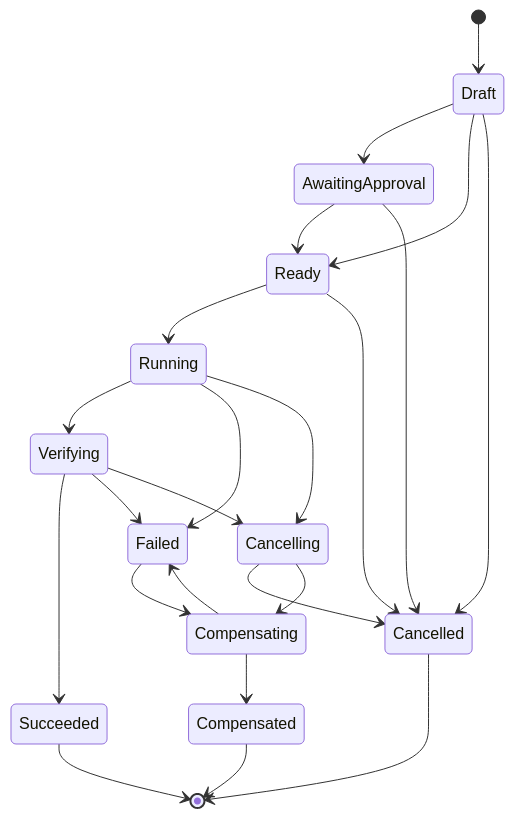
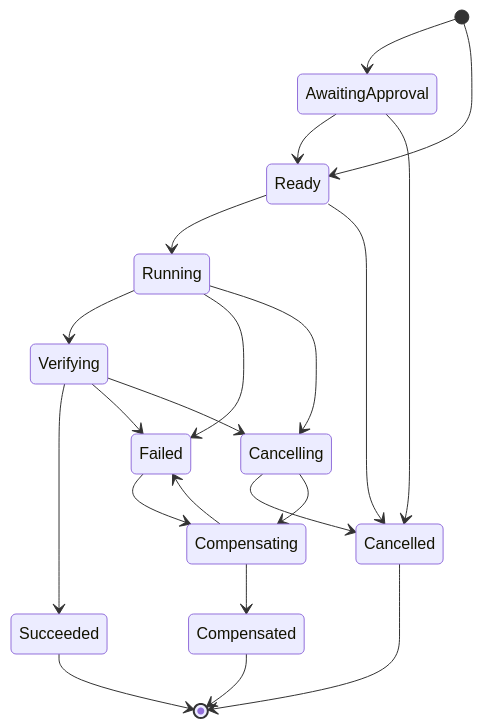
The second of 2 diagrams in README.md (oratis/Andromeda), drawn with Mermaid before and after one commit. The commit also changed other lines of this file and 5 other files, not shown here.

````diff
--- a/README.md
+++ b/README.md
@@ -423,25 +423,23 @@
 ```mermaid
 stateDiagram-v2
-    [*] --> Draft
-    Draft --> AwaitingApproval
-    Draft --> Ready
-    Draft --> Cancelled
+    [*] --> AwaitingApproval
+    [*] --> Ready
     AwaitingApproval --> Ready
     AwaitingApproval --> Cancelled
     Ready --> Running
     Ready --> Cancelled
     Running --> Verifying
     Running --> Failed
     Running --> Cancelling
     Verifying --> Succeeded
     Verifying --> Failed
     Verifying --> Cancelling
     Cancelling --> Cancelled
     Cancelling --> Compensating
     Failed --> Compensating
     Compensating --> Compensated
     Compensating --> Failed
     Succeeded --> [*]
     Cancelled --> [*]
     Compensated --> [*]
 ```
````
